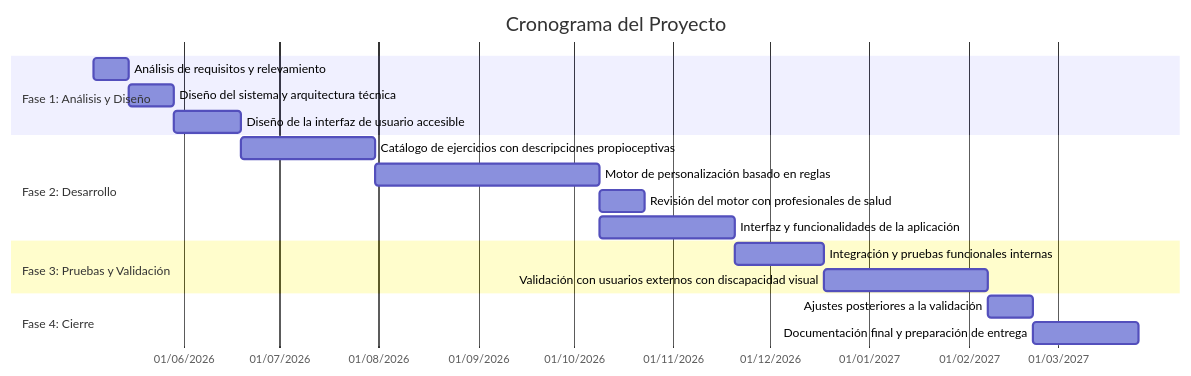
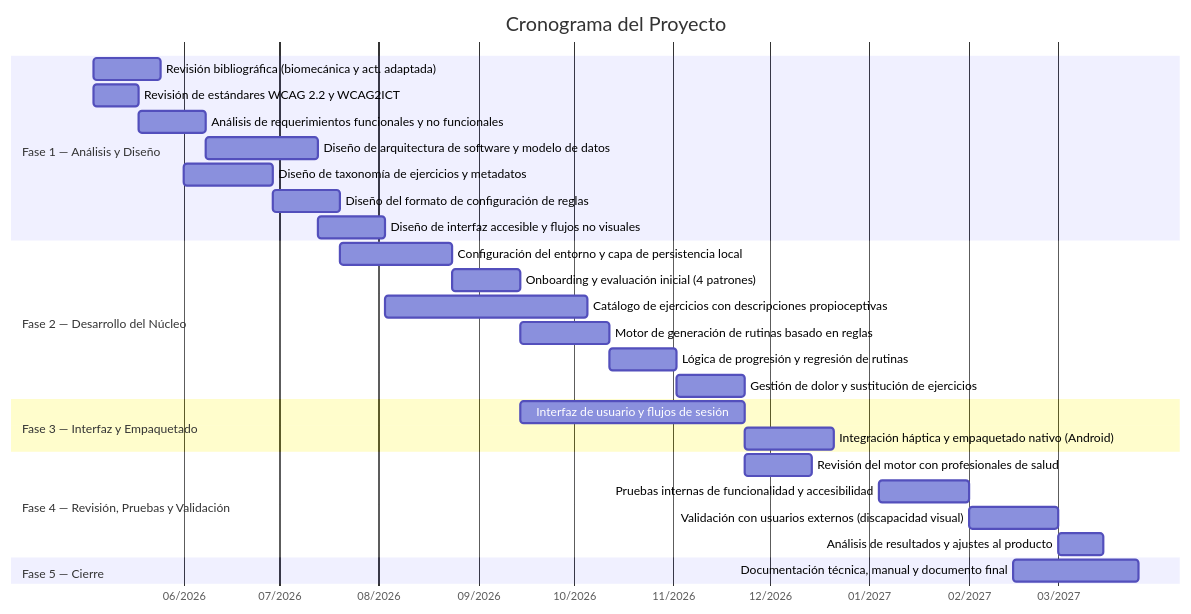
One commit to miguel-cinsfran/anteproyecto-tesis-2026 changed the diagram in docs/cronograma-gantt.md. Above: the diagram before and after it, drawn with Mermaid. The commit also changed 2 other files, not shown here.

Commit message:
cçambios al cronograma y quito el diagrama de flujo, que lo dejare para mas adelante.

````diff
--- a/docs/cronograma-gantt.md
+++ b/docs/cronograma-gantt.md
@@ -3,26 +3,37 @@
 ```mermaid
 gantt
     title Cronograma del Proyecto
     dateFormat  YYYY-MM-DD
-    axisFormat  %d/%m/%Y
+    axisFormat  %m/%Y
     tickInterval 1month
 
-    section Fase 1: Análisis y Diseño
-        Análisis de requisitos y relevamiento                     :a1, 2026-05-04, 2026-05-15
-        Diseño del sistema y arquitectura técnica                 :a2, after a1, 2026-05-29
-        Diseño de la interfaz de usuario accesible                :a3, after a2, 2026-06-19
+    section Fase 1 — Análisis y Diseño
+        Revisión bibliográfica (biomecánica y act. adaptada)    :a1,  2026-05-04, 21d
+        Revisión de estándares WCAG 2.2 y WCAG2ICT             :a2,  2026-05-04, 14d
+        Análisis de requerimientos funcionales y no funcionales :a3,  2026-05-18, 21d
+        Diseño de arquitectura de software y modelo de datos    :a4,  2026-06-08, 35d
+        Diseño de taxonomía de ejercicios y metadatos           :a5,  2026-06-01, 28d
+        Diseño del formato de configuración de reglas           :a6,  2026-06-29, 21d
+        Diseño de interfaz accesible y flujos no visuales       :a7,  2026-07-13, 21d
 
-    section Fase 2: Desarrollo
-        Catálogo de ejercicios con descripciones propioceptivas   :a4, after a3, 2026-07-31
-        Motor de personalización basado en reglas                 :a5, after a4, 2026-10-09
-        Revisión del motor con profesionales de salud             :a8, after a5, 2026-10-23
-        Interfaz y funcionalidades de la aplicación               :a6, after a5, 2026-11-20
+    section Fase 2 — Desarrollo del Núcleo
+        Configuración del entorno y capa de persistencia local  :a8,  2026-07-20, 35d
+        Onboarding y evaluación inicial (4 patrones)            :a9,  2026-08-24, 21d
+        Catálogo de ejercicios con descripciones propioceptivas :a10, 2026-08-03, 63d
+        Motor de generación de rutinas basado en reglas         :a11, 2026-09-14, 28d
+        Lógica de progresión y regresión de rutinas             :a12, 2026-10-12, 21d
+        Gestión de dolor y sustitución de ejercicios            :a13, 2026-11-02, 21d
 
-    section Fase 3: Pruebas y Validación
-        Integración y pruebas funcionales internas                :a7, after a6, 2026-12-18
-        Validación con usuarios externos con discapacidad visual  :a9, after a7 a8, 2027-02-07
+    section Fase 3 — Interfaz y Empaquetado
+        Interfaz de usuario y flujos de sesión                  :a14, 2026-09-14, 70d
+        Integración háptica y empaquetado nativo (Android)      :a15, 2026-11-23, 28d
 
-    section Fase 4: Cierre
-        Ajustes posteriores a la validación                       :a10, after a9, 2027-02-21
-        Documentación final y preparación de entrega              :a11, after a10, 2027-03-26
+    section Fase 4 — Revisión, Pruebas y Validación
+        Revisión del motor con profesionales de salud           :a16, 2026-11-23, 21d
+        Pruebas internas de funcionalidad y accesibilidad       :a17, 2027-01-04, 28d
+        Validación con usuarios externos (discapacidad visual)  :a18, 2027-02-01, 28d
+        Análisis de resultados y ajustes al producto            :a19, 2027-03-01, 14d
+
+    section Fase 5 — Cierre
+        Documentación técnica, manual y documento final         :a20, 2027-02-15, 2027-03-26
 ```
````
